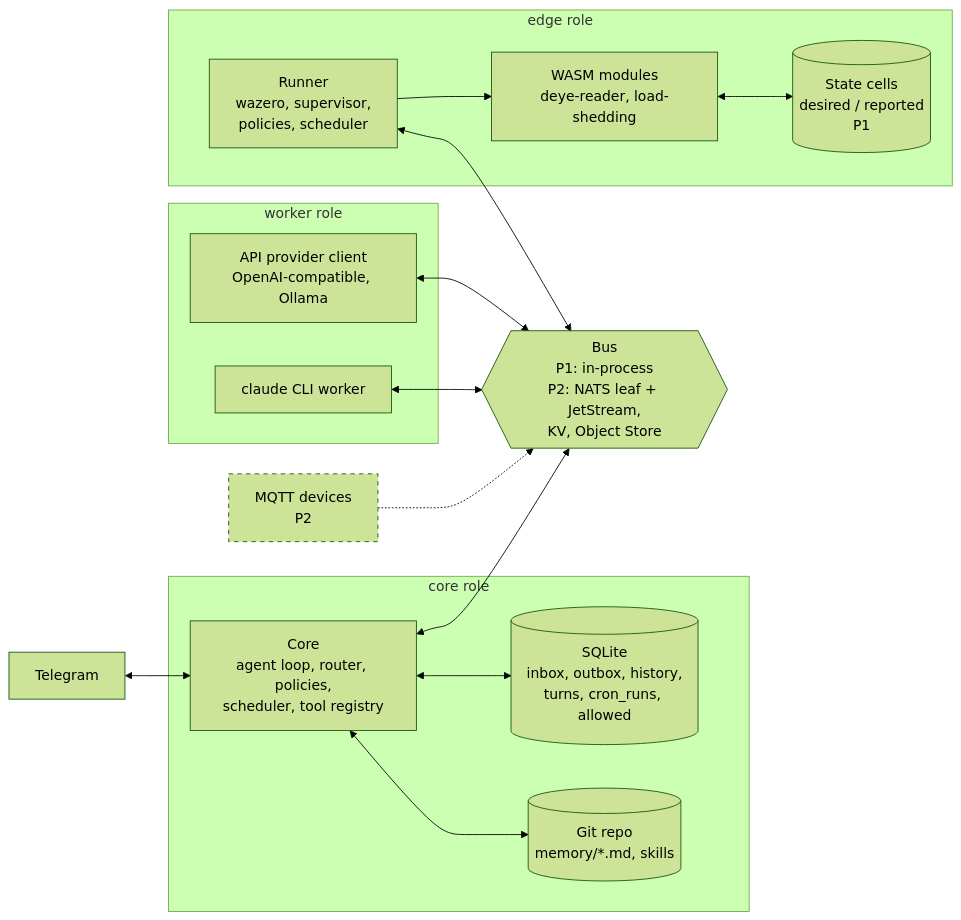
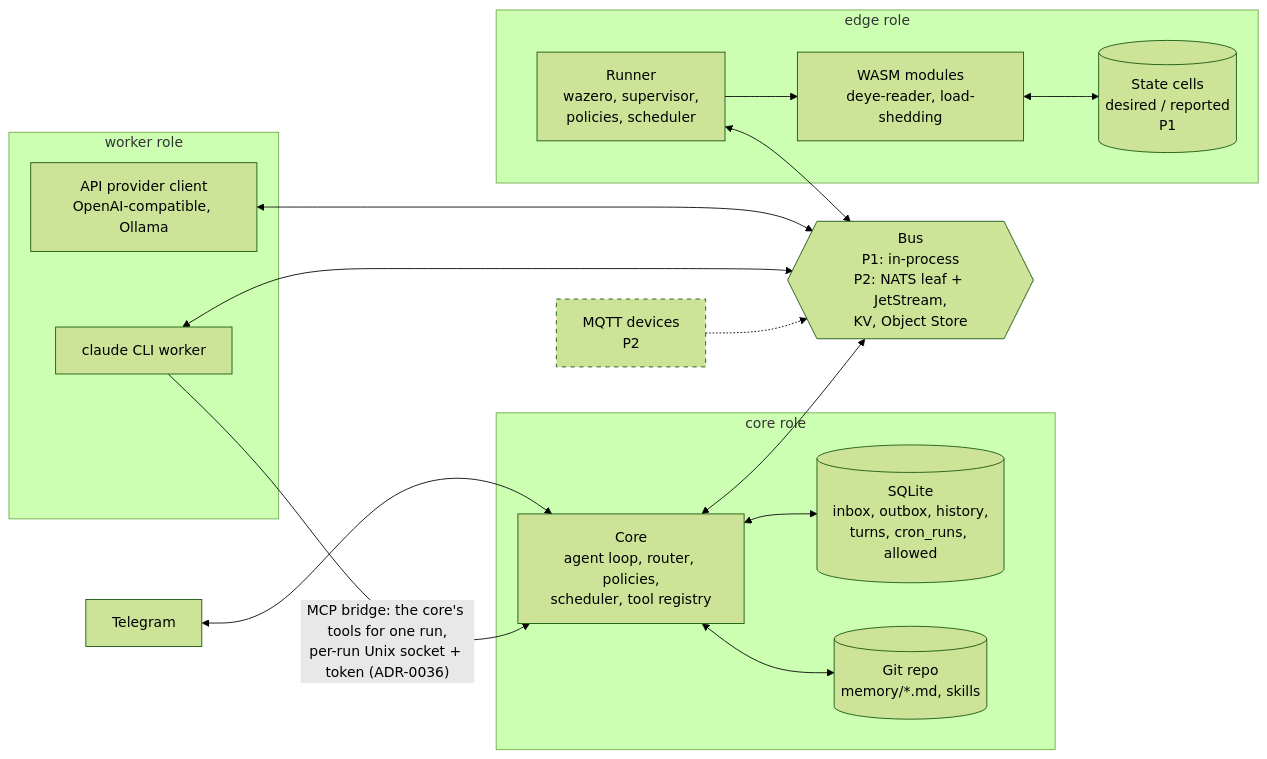
One commit to igorrius/ganglion changed the first of 3 diagrams in docs/architecture/02-containers.md. Above: the diagram before and after it, drawn with Mermaid (forest theme). The commit also changed other lines of this file and 32 other files, not shown here.

````diff
--- a/docs/architecture/02-containers.md
+++ b/docs/architecture/02-containers.md
@@ -9,38 +9,39 @@
 ```mermaid
 flowchart LR
     tg["Telegram"]
     mqttdev["MQTT devices<br/>P2"]
 
     subgraph corerole["core role"]
         corep["Core<br/>agent loop, router, policies,<br/>scheduler, tool registry"]
         sqlite[("SQLite<br/>inbox, outbox, history,<br/>turns, cron_runs, allowed")]
         memrepo[("Git repo<br/>memory/*.md, skills")]
     end
 
     subgraph edgerole["edge role"]
         runner["Runner<br/>wazero, supervisor,<br/>policies, scheduler"]
         mods["WASM modules<br/>deye-reader, load-shedding"]
         cells[("State cells<br/>desired / reported<br/>P1")]
     end
 
     subgraph workerrole["worker role"]
         api["API provider client<br/>OpenAI-compatible, Ollama"]
         cli["claude CLI worker"]
     end
 
     bus{{"Bus<br/>P1: in-process<br/>P2: NATS leaf + JetStream,<br/>KV, Object Store"}}
 
     tg <--> corep
     corep <--> sqlite
     corep <--> memrepo
     corep <--> bus
     runner <--> bus
     runner --> mods
     mods <--> cells
     api <--> bus
     cli <--> bus
+    cli -- "MCP bridge: the core's tools for one run,<br/>per-run Unix socket + token (ADR-0036)" --> corep
     mqttdev -.-> bus
 
     classDef planned stroke-dasharray: 5 5
     class mqttdev planned
 ```
````
